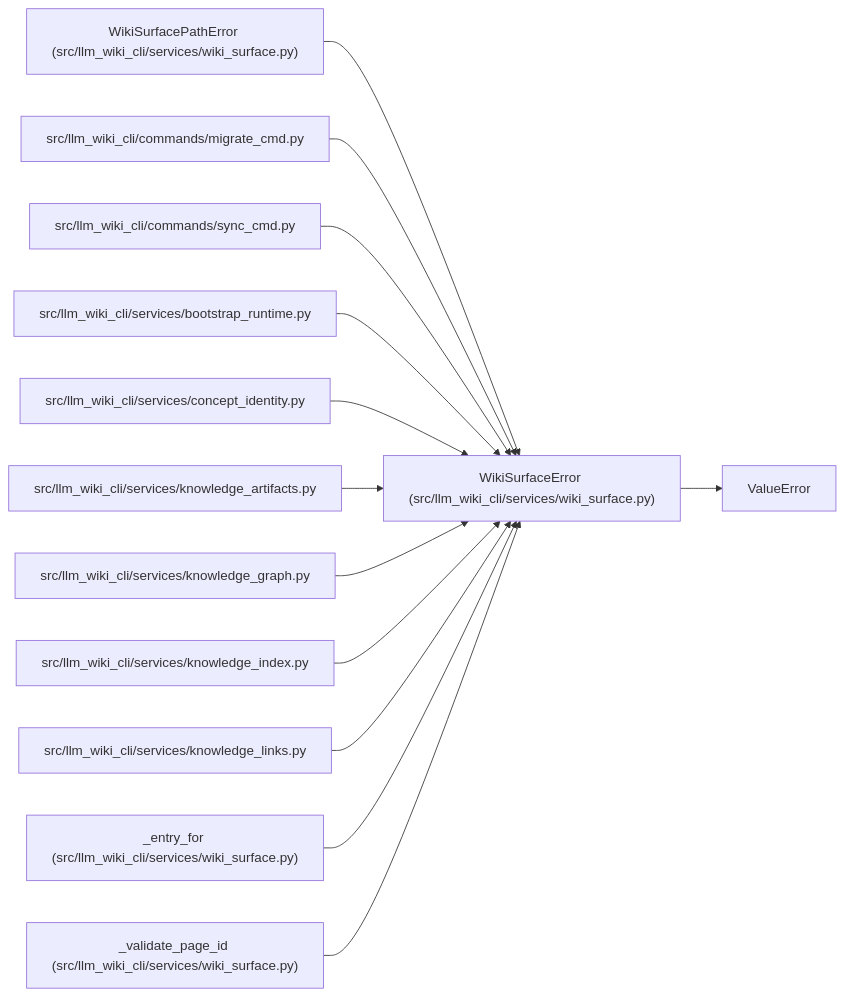
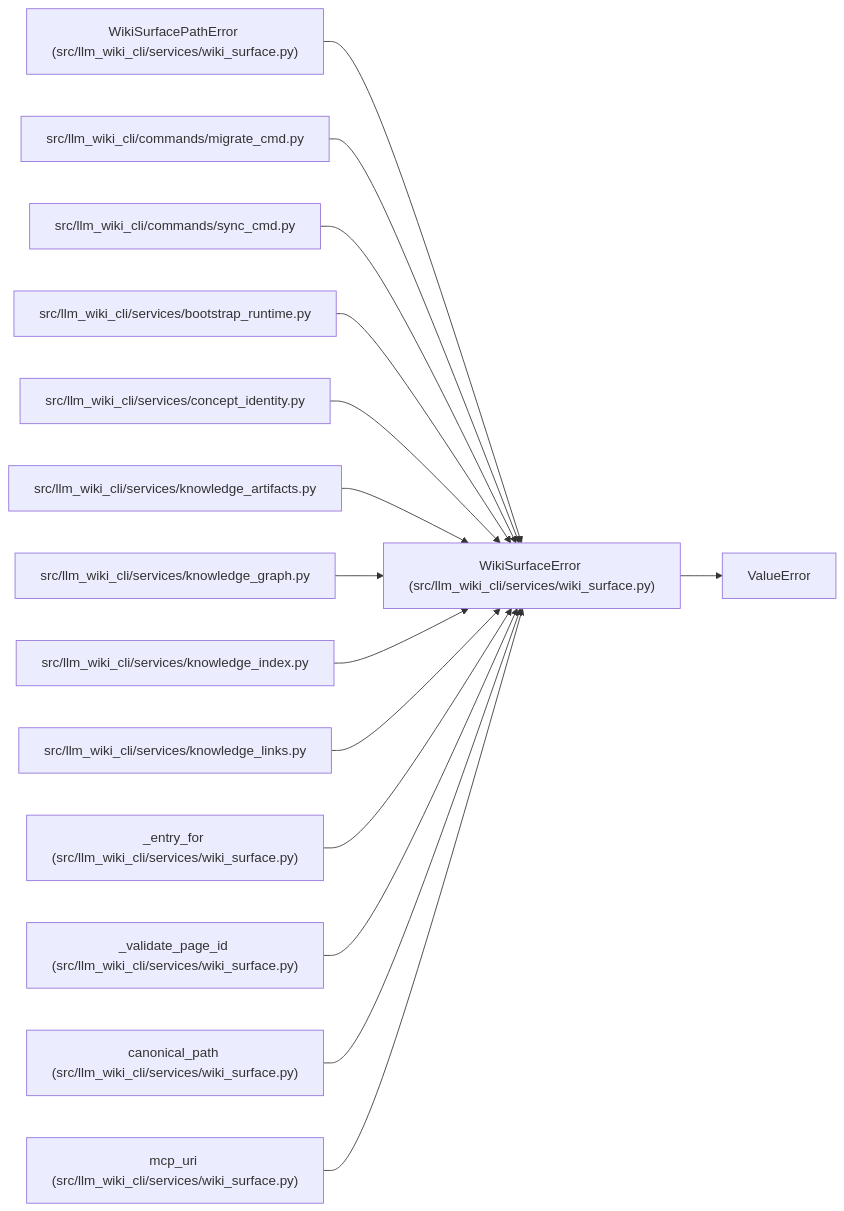
Before and after one commit to Denissvgn/python-wiki-llm: the diagram in docs/llm_wiki/entities/WikiSurfaceError.md, drawn with Mermaid. The commit also changed other lines of this file and 493 other files, not shown here.

````diff
--- a/docs/llm_wiki/entities/WikiSurfaceError.md
+++ b/docs/llm_wiki/entities/WikiSurfaceError.md
@@ -23,40 +23,46 @@
 ```mermaid
 flowchart LR
     n0["WikiSurfaceError (src/llm_wiki_cli/services/wiki_surface.py)"]
     n1["ValueError"]
     n2["WikiSurfacePathError (src/llm_wiki_cli/services/wiki_surface.py)"]
     n3["src/llm_wiki_cli/commands/migrate_cmd.py"]
     n4["src/llm_wiki_cli/commands/sync_cmd.py"]
     n5["src/llm_wiki_cli/services/bootstrap_runtime.py"]
     n6["src/llm_wiki_cli/services/concept_identity.py"]
     n7["src/llm_wiki_cli/services/knowledge_artifacts.py"]
     n8["src/llm_wiki_cli/services/knowledge_graph.py"]
     n9["src/llm_wiki_cli/services/knowledge_index.py"]
     n10["src/llm_wiki_cli/services/knowledge_links.py"]
     n11["_entry_for (src/llm_wiki_cli/services/wiki_surface.py)"]
     n12["_validate_page_id (src/llm_wiki_cli/services/wiki_surface.py)"]
+    n13["canonical_path (src/llm_wiki_cli/services/wiki_surface.py)"]
+    n14["mcp_uri (src/llm_wiki_cli/services/wiki_surface.py)"]
     n0 --> n1
     n2 --> n0
     n3 --> n0
     n4 --> n0
     n5 --> n0
     n6 --> n0
     n7 --> n0
     n8 --> n0
     n9 --> n0
     n10 --> n0
     n11 --> n0
     n12 --> n0
+    n13 --> n0
+    n14 --> n0
     click n0 "../modules/wiki_surface.md"
     click n2 "../modules/wiki_surface.md"
     click n3 "../modules/migrate_cmd.md"
     click n4 "../modules/sync_cmd.md"
     click n5 "../modules/bootstrap_runtime.md"
     click n6 "../modules/concept_identity.md"
     click n7 "../modules/knowledge_artifacts.md"
     click n8 "../modules/knowledge_graph.md"
     click n9 "../modules/knowledge_index.md"
     click n10 "../modules/knowledge_links.md"
     click n11 "../modules/wiki_surface.md"
     click n12 "../modules/wiki_surface.md"
+    click n13 "../modules/wiki_surface.md"
+    click n14 "../modules/wiki_surface.md"
 ```
````
